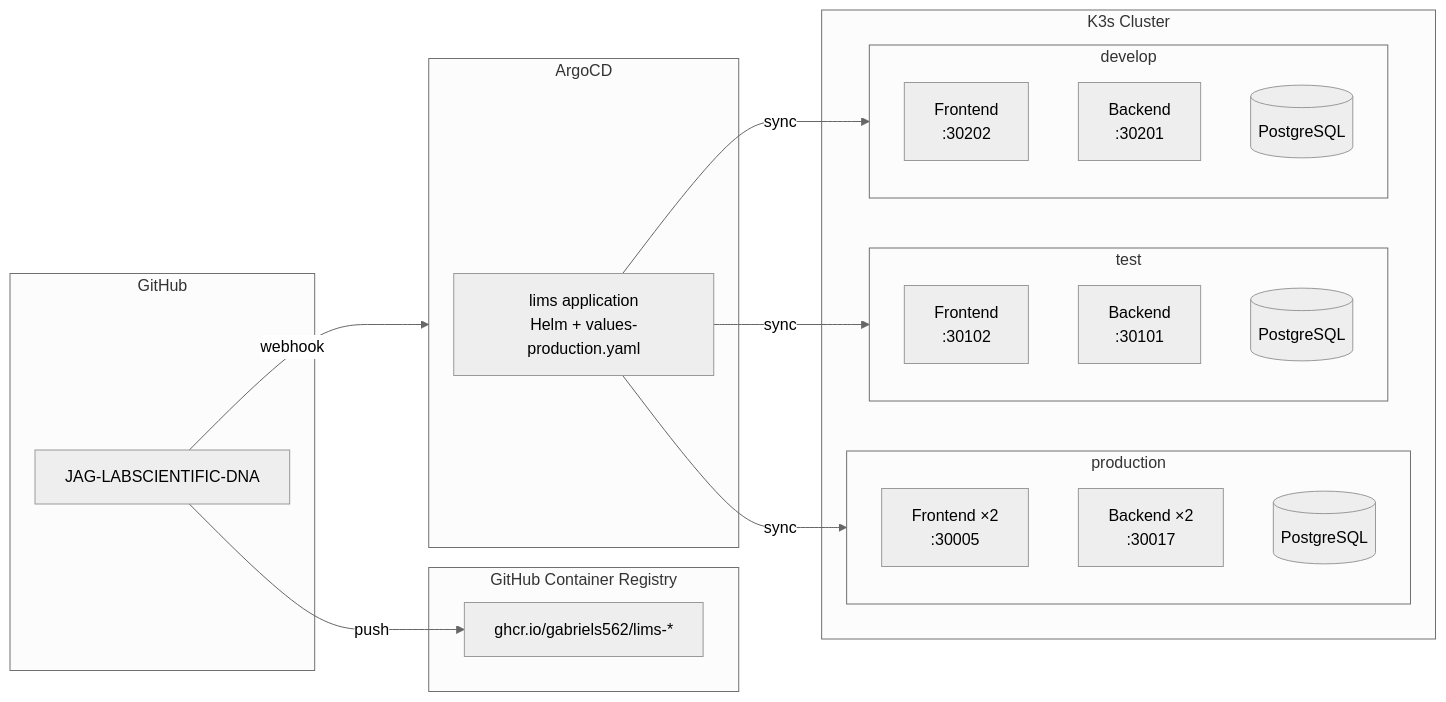
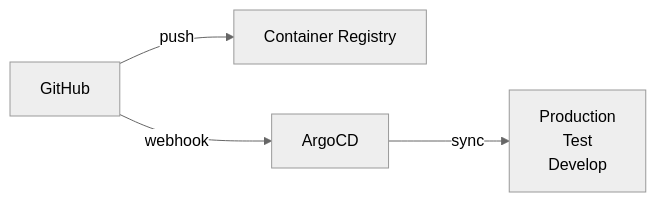
The second of 4 diagrams in README.md (GABRIELS562/Architecture-), drawn with Mermaid (neutral theme) before and after one commit. The commit also changed other lines of this file, not shown here.

First line of the commit message:
Clean architecture overview - remove sensitive details

````diff
--- a/README.md
+++ b/README.md
@@ -101,36 +59,6 @@
 ```mermaid
 flowchart LR
-    subgraph GH["GitHub"]
-        REPO["JAG-LABSCIENTIFIC-DNA"]
-    end
-
-    subgraph GHCR["GitHub Container Registry"]
-        IMG["ghcr.io/gabriels562/lims-*"]
-    end
-
-    subgraph ARGO["ArgoCD"]
-        APP["lims application<br/>Helm + values-production.yaml"]
-    end
-
-    subgraph K3s["K3s Cluster"]
-        subgraph P["production"]
-            P_FE["Frontend ×2<br/>:30005"]
-            P_BE["Backend ×2<br/>:30017"]
-            P_DB[("PostgreSQL")]
-        end
-        subgraph T["test"]
-            T_FE["Frontend<br/>:30102"]
-            T_BE["Backend<br/>:30101"]
-            T_DB[("PostgreSQL")]
-        end
-        subgraph D["develop"]
-            D_FE["Frontend<br/>:30202"]
-            D_BE["Backend<br/>:30201"]
-            D_DB[("PostgreSQL")]
-        end
-    end
-
-    REPO -->|push| IMG
-    REPO -->|webhook| ARGO
-    APP -->|sync| P & T & D
+    GH["GitHub"] -->|push| GHCR["Container Registry"]
+    GH -->|webhook| ARGO["ArgoCD"]
+    ARGO -->|sync| ENV["Production<br/>Test<br/>Develop"]
 ```
````
